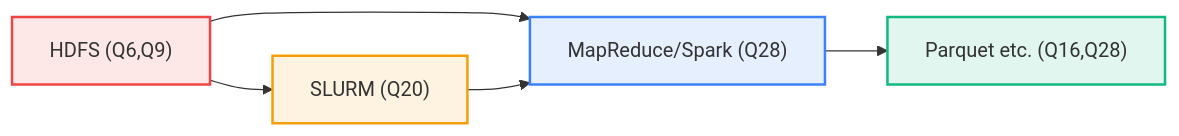
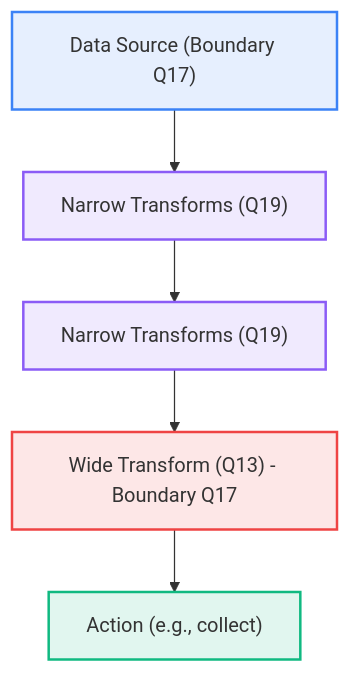
The fourth of 6 diagrams in 302.1-data-computation/summaries/spark.md (MadeInShineA/hei-course-summaries), drawn with Mermaid before and after one commit. The commit also changed other lines of this file, not shown here.

Commit message:
Finished spark summary

````diff
--- a/302.1-data-computation/summaries/spark.md
+++ b/302.1-data-computation/summaries/spark.md
@@ -443,11 +297,13 @@
 ```mermaid
-graph LR
-    Storage["HDFS (Q6,Q9)"] --> Compute["MapReduce/Spark (Q28)"]
-    Compute --> Formats["Parquet etc. (Q16,Q28)"]
-    Storage --> SLURM["SLURM (Q20)"] --> Compute
-    
-    style Storage fill:#ef444420,stroke:#ef4444,stroke-width:2px
-    style Compute fill:#3b82f620,stroke:#3b82f6,stroke-width:2px
-    style Formats fill:#10b98120,stroke:#10b981,stroke-width:2px
-    style SLURM fill:#f59e0b20,stroke:#f59e0b,stroke-width:2px
+graph TD
+    Source["Data Source (Boundary Q17)"] --> Narrow1["Narrow Transforms (Q19)"]
+    Narrow1 --> Narrow2["Narrow Transforms (Q19)"]
+    Narrow2 --> Wide["Wide Transform (Q13) - Boundary Q17"]
+    Wide --> Action["Action (e.g., collect)"]
+
+    style Source fill:#3b82f620,stroke:#3b82f6,stroke-width:2px
+    style Narrow1 fill:#8b5cf620,stroke:#8b5cf6,stroke-width:2px
+    style Narrow2 fill:#8b5cf620,stroke:#8b5cf6,stroke-width:2px
+    style Wide fill:#ef444420,stroke:#ef4444,stroke-width:2px
+    style Action fill:#10b98120,stroke:#10b981,stroke-width:2px
 ```
````
